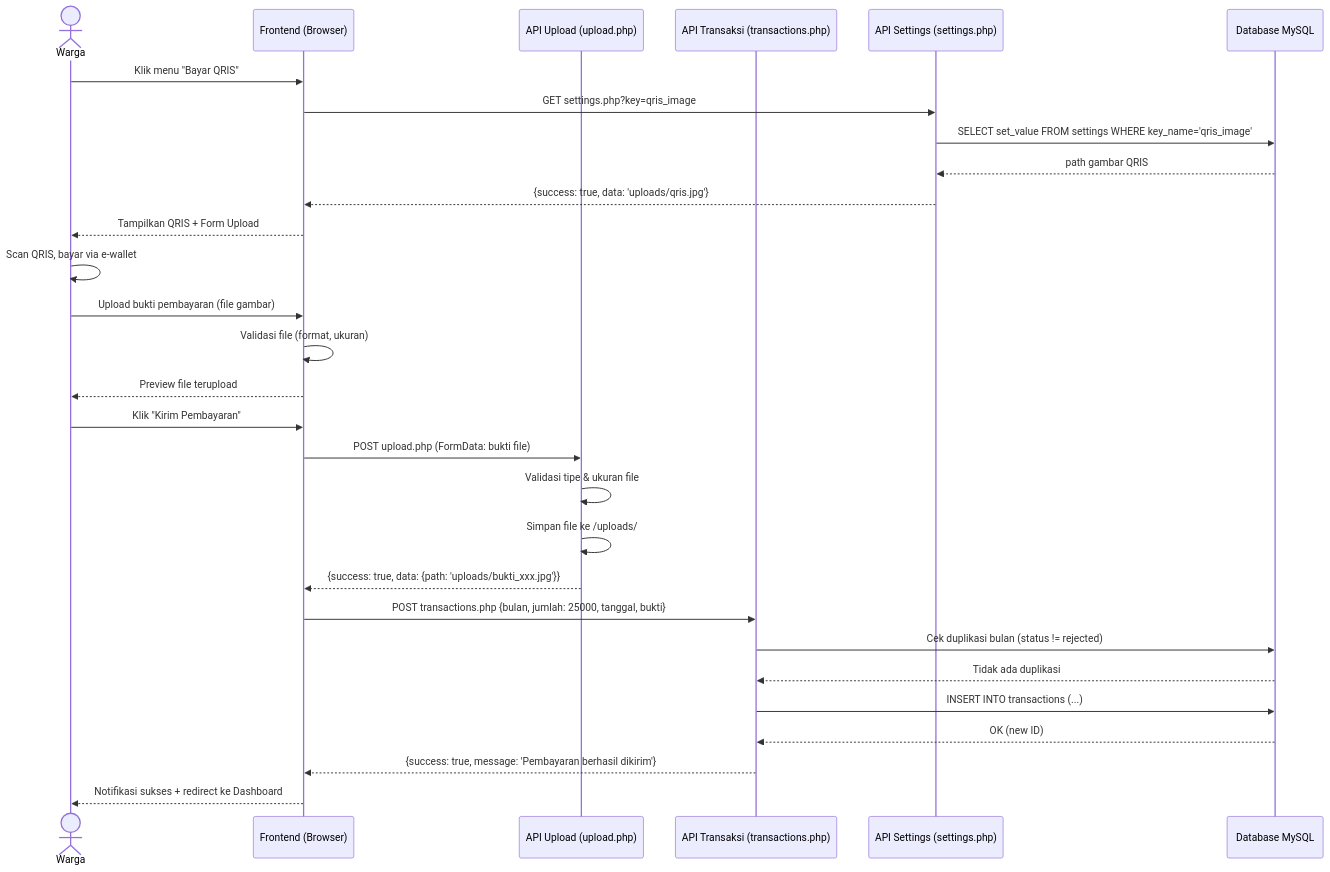
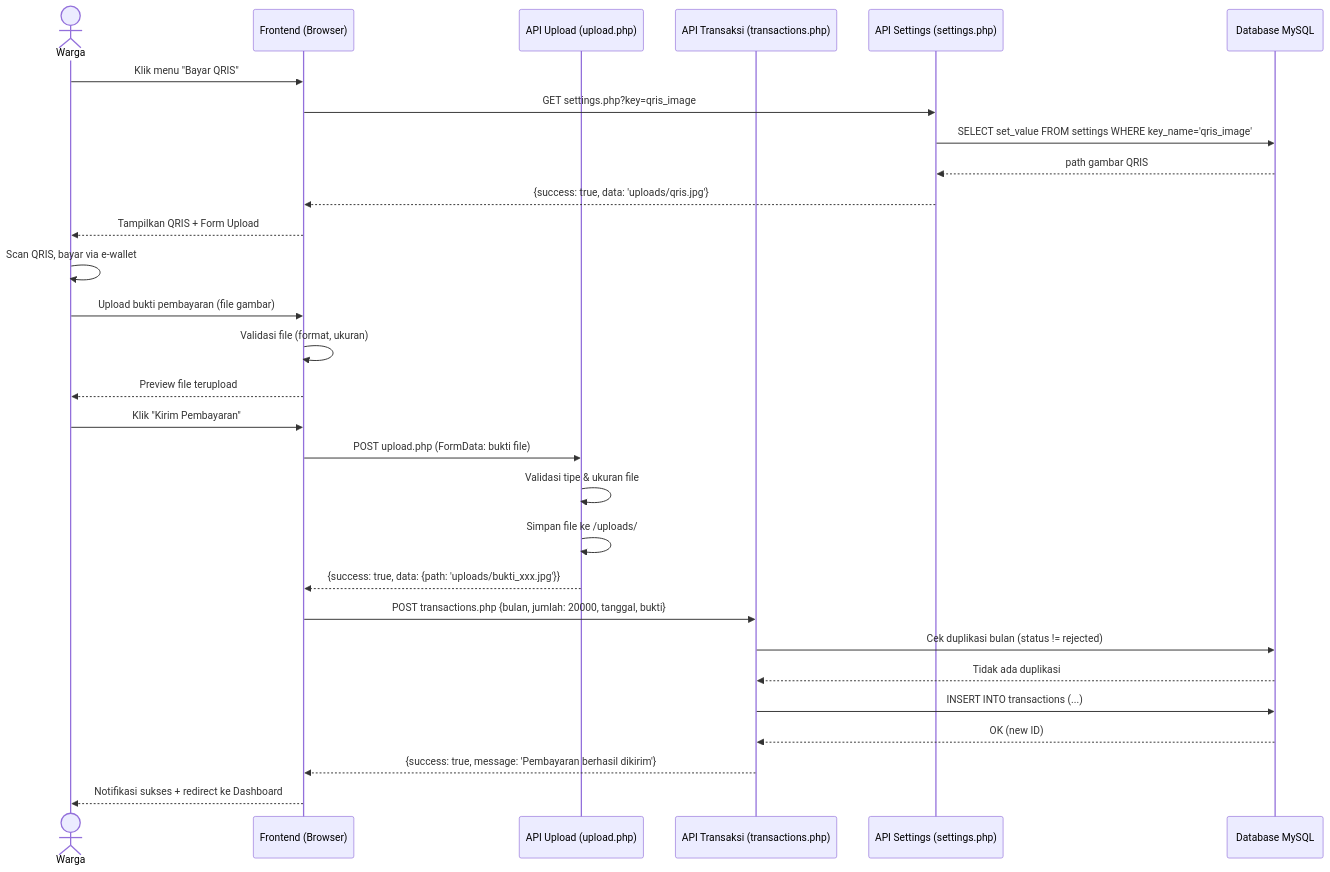
Before and after one commit to Aflah88/SIPARES-V.1.0: the fourth of 19 diagrams in dokumentasi/UML_SIPARES.md, drawn with Mermaid. The commit also changed other lines of this file and 15 other files, not shown here.

````diff
--- a/dokumentasi/UML_SIPARES.md
+++ b/dokumentasi/UML_SIPARES.md
@@ -127,35 +175,35 @@
 ```mermaid
 sequenceDiagram
     actor W as Warga
     participant FE as Frontend (Browser)
     participant UPLOAD as API Upload (upload.php)
     participant TRX as API Transaksi (transactions.php)
     participant SET as API Settings (settings.php)
     participant DB as Database MySQL
 
     W->>FE: Klik menu "Bayar QRIS"
     FE->>SET: GET settings.php?key=qris_image
     SET->>DB: SELECT set_value FROM settings WHERE key_name='qris_image'
     DB-->>SET: path gambar QRIS
     SET-->>FE: {success: true, data: 'uploads/qris.jpg'}
     FE-->>W: Tampilkan QRIS + Form Upload
 
     W->>W: Scan QRIS, bayar via e-wallet
     W->>FE: Upload bukti pembayaran (file gambar)
     FE->>FE: Validasi file (format, ukuran)
     FE-->>W: Preview file terupload
 
     W->>FE: Klik "Kirim Pembayaran"
     FE->>UPLOAD: POST upload.php (FormData: bukti file)
     UPLOAD->>UPLOAD: Validasi tipe & ukuran file
     UPLOAD->>UPLOAD: Simpan file ke /uploads/
     UPLOAD-->>FE: {success: true, data: {path: 'uploads/bukti_xxx.jpg'}}
 
-    FE->>TRX: POST transactions.php {bulan, jumlah: 25000, tanggal, bukti}
+    FE->>TRX: POST transactions.php {bulan, jumlah: 20000, tanggal, bukti}
     TRX->>DB: Cek duplikasi bulan (status != rejected)
     DB-->>TRX: Tidak ada duplikasi
     TRX->>DB: INSERT INTO transactions (...)
     DB-->>TRX: OK (new ID)
     TRX-->>FE: {success: true, message: 'Pembayaran berhasil dikirim'}
     FE-->>W: Notifikasi sukses + redirect ke Dashboard
 ```
````
